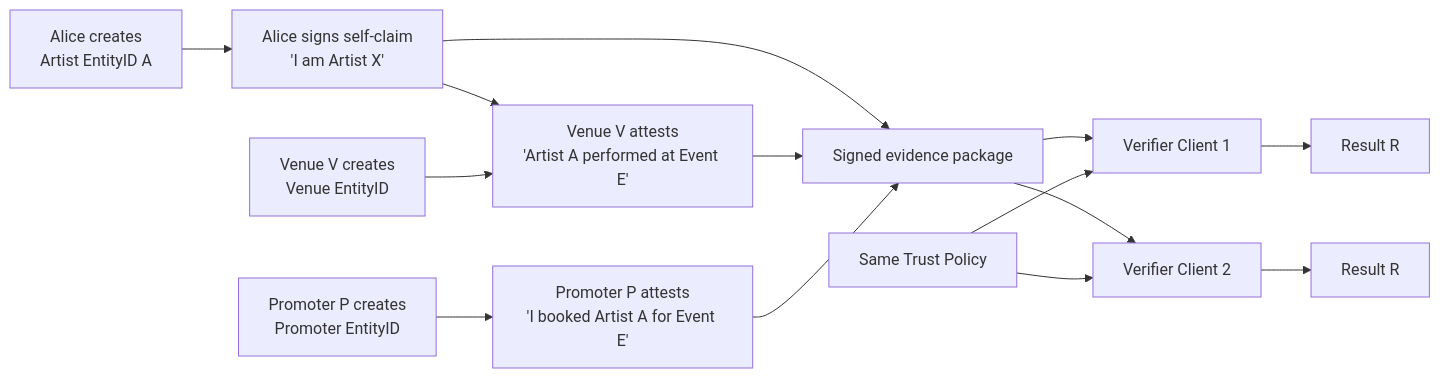
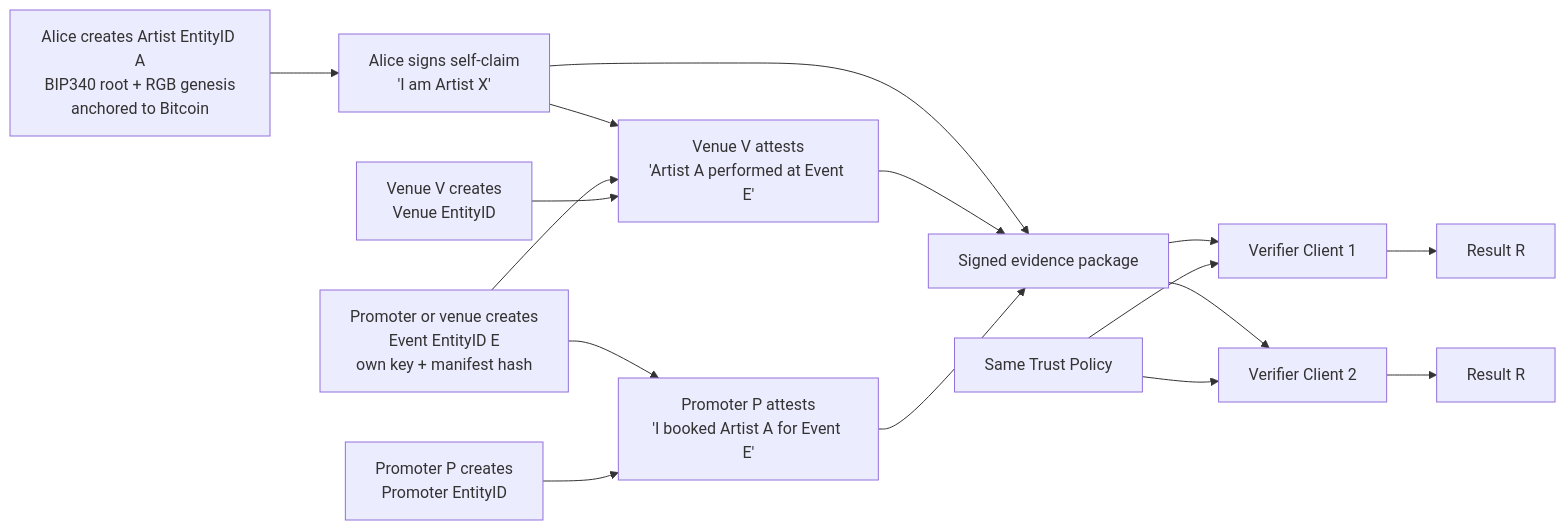
The diagram in docs/diagrams/07-hello-world-pilot.md (EdwinKestler/o2a-protocol), drawn with Mermaid before and after one commit. The commit also changed 46 other files, not shown here.

````diff
--- a/docs/diagrams/07-hello-world-pilot.md
+++ b/docs/diagrams/07-hello-world-pilot.md
@@ -5,29 +5,32 @@
 ```mermaid
 flowchart LR
-    A["Alice creates<br/>Artist EntityID A"]
+    A["Alice creates Artist EntityID A<br/>BIP340 root + RGB genesis<br/>anchored to Bitcoin"]
     SC["Alice signs self-claim<br/>'I am Artist X'"]
     V["Venue V creates<br/>Venue EntityID"]
     VA["Venue V attests<br/>'Artist A performed at Event E'"]
     P["Promoter P creates<br/>Promoter EntityID"]
+    E["Promoter or venue creates<br/>Event EntityID E<br/>own key + manifest hash"]
     PA["Promoter P attests<br/>'I booked Artist A for Event E'"]
     PKG["Signed evidence package"]
     C1["Verifier Client 1"]
     C2["Verifier Client 2"]
     POL["Same Trust Policy"]
     R1["Result R"]
     R2["Result R"]
 
     A --> SC --> VA
+    E --> VA
+    E --> PA
     V --> VA
     P --> PA
     SC --> PKG
     VA --> PKG
     PA --> PKG
 
     PKG --> C1
     PKG --> C2
     POL --> C1
     POL --> C2
     C1 --> R1
     C2 --> R2
 ```
````
